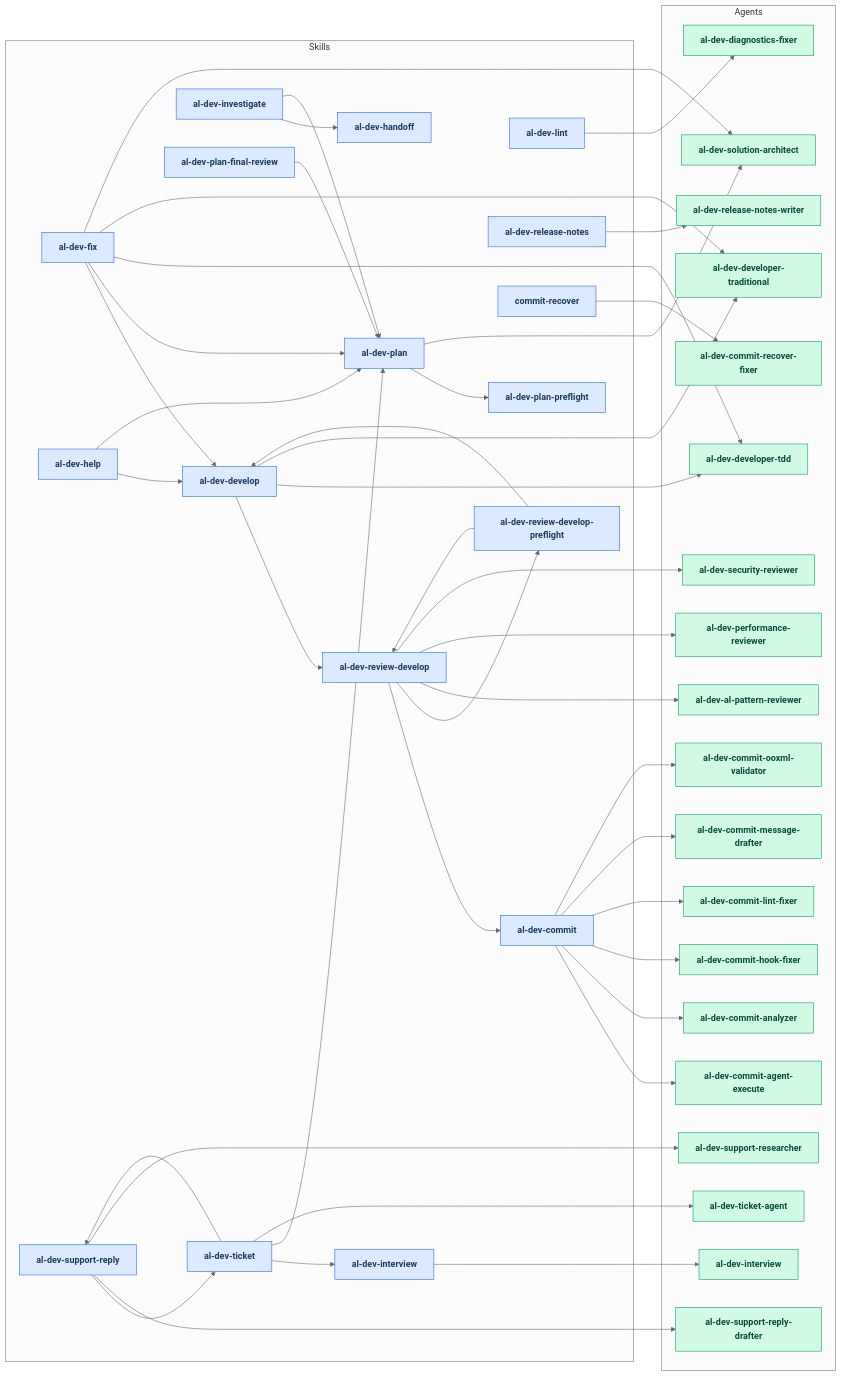
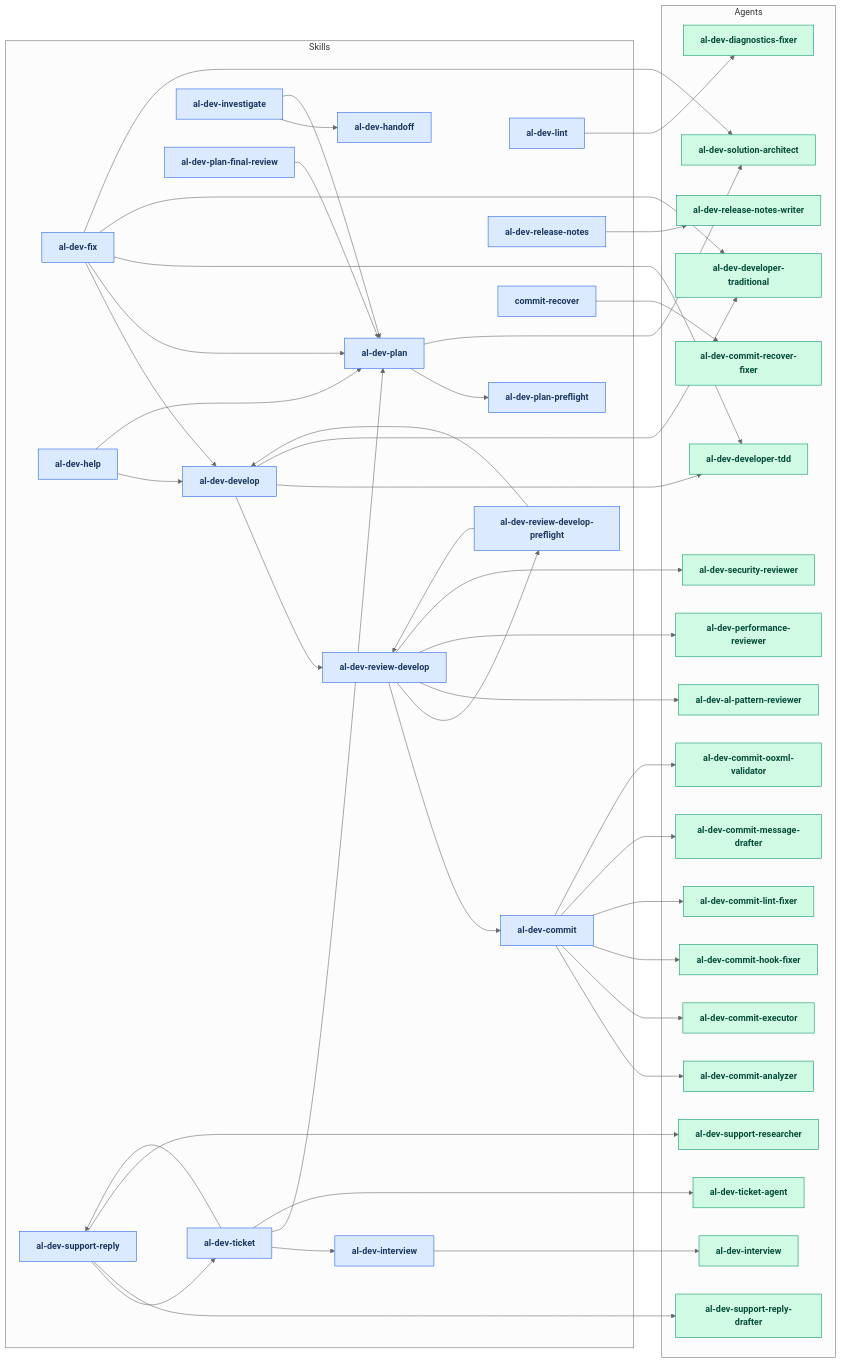
One commit to russell-laing/al-dev-shared changed the first of 2 diagrams in docs/al-dev-workflow-diagrams.md. Above: the diagram before and after it, drawn with Mermaid (neutral theme). The commit also changed 15 other files, not shown here.

First line of the commit message:
refactor(agents)!: rename al-dev-commit-agent-execute to al-dev-commit-executor

```diff
--- a/docs/al-dev-workflow-diagrams.md
+++ b/docs/al-dev-workflow-diagrams.md
@@ -32,8 +32,8 @@
     end
     subgraph Agents[Agents]
         agent_al_dev_al_pattern_reviewer[al-dev-al-pattern-reviewer]
-        agent_al_dev_commit_agent_execute[al-dev-commit-agent-execute]
         agent_al_dev_commit_analyzer[al-dev-commit-analyzer]
+        agent_al_dev_commit_executor[al-dev-commit-executor]
         agent_al_dev_commit_hook_fixer[al-dev-commit-hook-fixer]
         agent_al_dev_commit_lint_fixer[al-dev-commit-lint-fixer]
         agent_al_dev_commit_message_drafter[al-dev-commit-message-drafter]
@@ -69,8 +69,8 @@
     skill_al_dev_ticket --> skill_al_dev_interview
     skill_al_dev_ticket --> skill_al_dev_plan
     skill_al_dev_ticket --> skill_al_dev_support_reply
-    skill_al_dev_commit --> agent_al_dev_commit_agent_execute
     skill_al_dev_commit --> agent_al_dev_commit_analyzer
+    skill_al_dev_commit --> agent_al_dev_commit_executor
     skill_al_dev_commit --> agent_al_dev_commit_hook_fixer
     skill_al_dev_commit --> agent_al_dev_commit_lint_fixer
     skill_al_dev_commit --> agent_al_dev_commit_message_drafter
@@ -110,8 +110,8 @@
     class skill_al_dev_ticket skillNode
     class skill_commit_recover skillNode
     class agent_al_dev_al_pattern_reviewer agentNode
-    class agent_al_dev_commit_agent_execute agentNode
     class agent_al_dev_commit_analyzer agentNode
+    class agent_al_dev_commit_executor agentNode
     class agent_al_dev_commit_hook_fixer agentNode
     class agent_al_dev_commit_lint_fixer agentNode
     class agent_al_dev_commit_message_drafter agentNode
```
